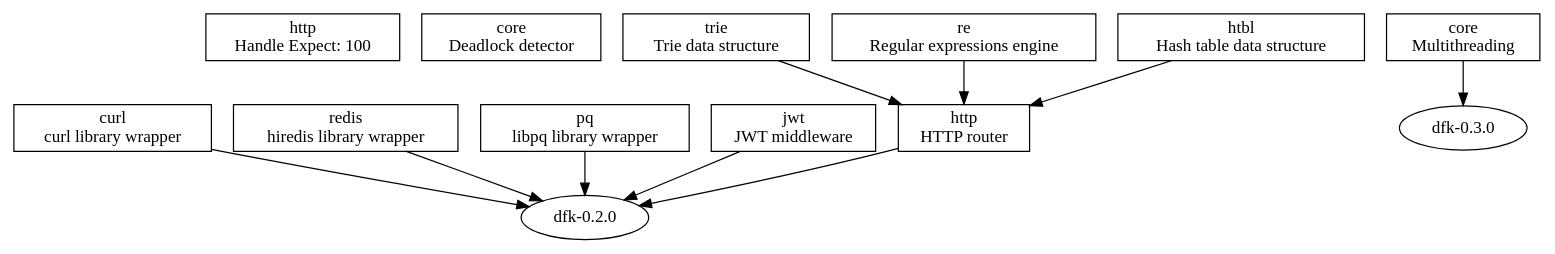
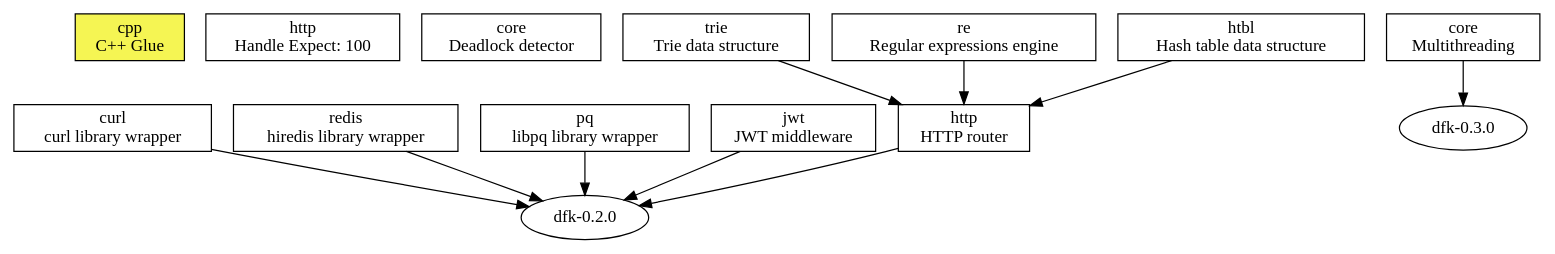
One commit to isn-/dfk changed the diagram in doc/roadmap.dot. Above: the diagram before and after it, drawn with Graphviz. The commit also changed 6 other files, not shown here.

```diff
--- a/doc/roadmap.dot
+++ b/doc/roadmap.dot
@@ -1,39 +1,41 @@
 digraph "DFK Library Roadmap - Current" {
   node [shape=box];
   ratio="compress";
+
+  cpp [label="cpp\nC++ Glue" style=filled fillcolor="#F5F553"];
 
   expect_100 [label="http\nHandle Expect: 100"];
 
   deadlock [label="core\nDeadlock detector"];
 
   curl [label="curl\ncurl library wrapper"];
 
   redis [label="redis\nhiredis library wrapper"];
 
   libpq [label="pq\nlibpq library wrapper"];
 
   jwt [label="jwt\nJWT middleware"];
 
   mt [label="core\nMultithreading"];
 
   trie [label="trie\nTrie data structure"];
 
   re [label="re\nRegular expressions engine"];
 
   htbl [label="htbl\nHash table data structure"];
 
   router [label="http\nHTTP router"];
     trie -> router;
     re -> router;
     htbl -> router;
 
   dfk020 [label="dfk-0.2.0" shape=oval];
     jwt -> dfk020;
     redis -> dfk020;
     curl -> dfk020;
     libpq -> dfk020;
     router -> dfk020;
 
   dfk030 [label="dfk-0.3.0" shape=oval];
     mt -> dfk030;
 }
```
